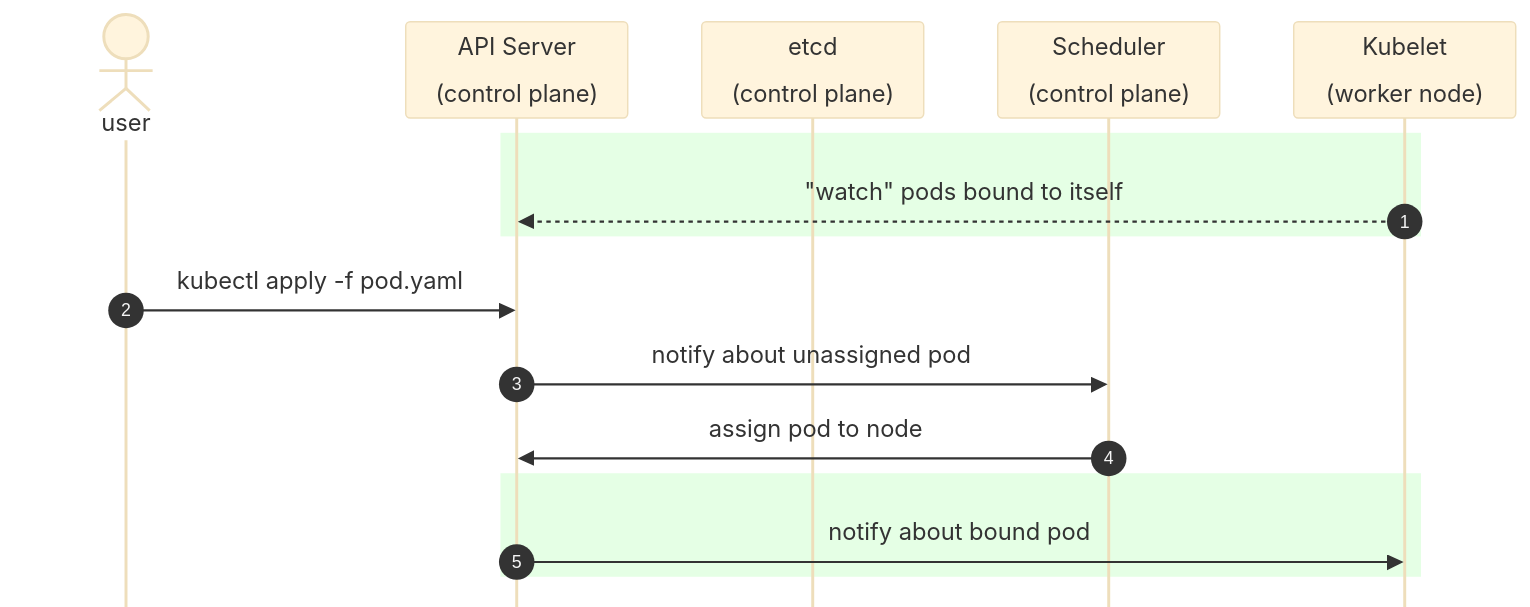
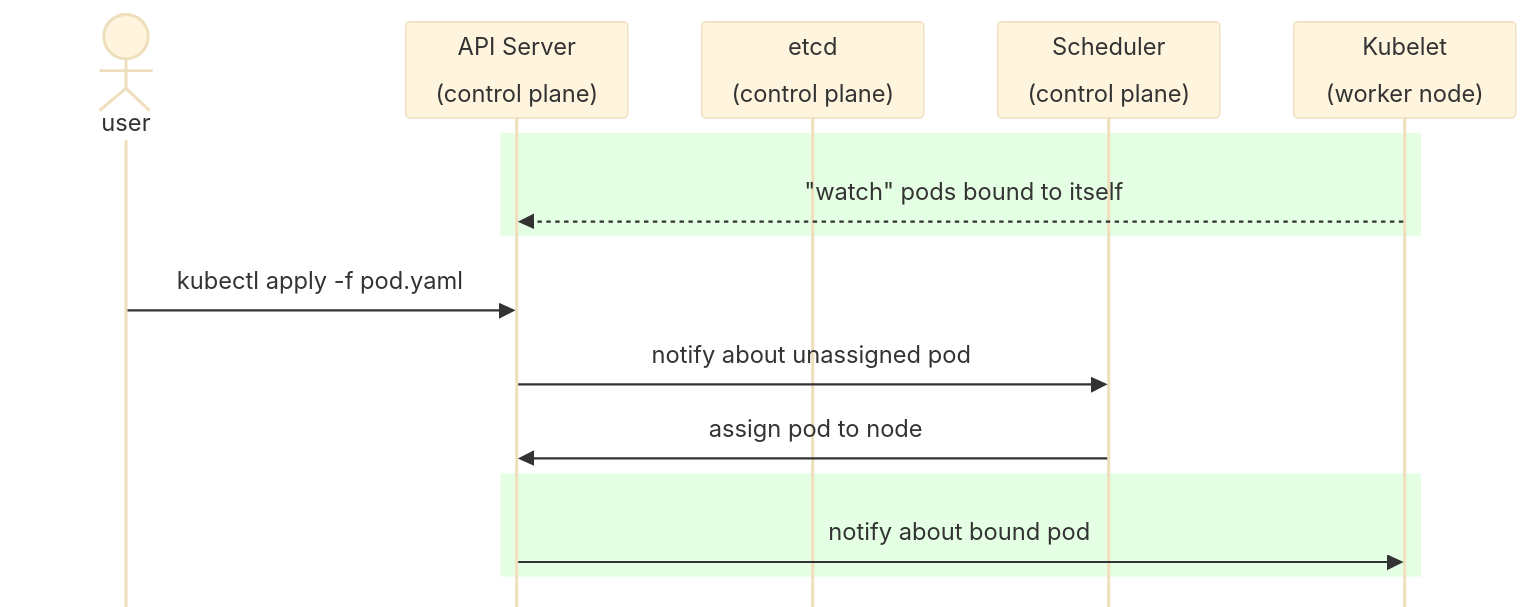
The tenth of 19 diagrams in tlak/slides.md (ndrpnt/slides), drawn with Mermaid (base theme) before and after one commit. The commit also changed other lines of this file, not shown here.

````diff
--- a/tlak/slides.md
+++ b/tlak/slides.md
@@ -615,19 +620,19 @@
 ```mermaid {scale: 0.66}
-%%{init:{"mirrorActors": false, "showSequenceNumbers": true}}%%
+%%{init:{"mirrorActors": false}}%%
 sequenceDiagram
     actor user
     participant api as API Server<br><br>(control plane)
     participant etcd as etcd<br><br>(control plane)
     participant scheduler as Scheduler<br><br>(control plane)
     participant kubelet as Kubelet<br><br>(worker node)
 
     rect rgba(0, 255, 0, .1)
       kubelet-->>api: "watch" pods bound to itself
     end
     user->>api: kubectl apply -f pod.yaml
     api->>scheduler: notify about unassigned pod
     scheduler->>api: assign pod to node
     rect rgba(0, 255, 0, .1)
       api->>kubelet: notify about bound pod
     end
 ```
````
